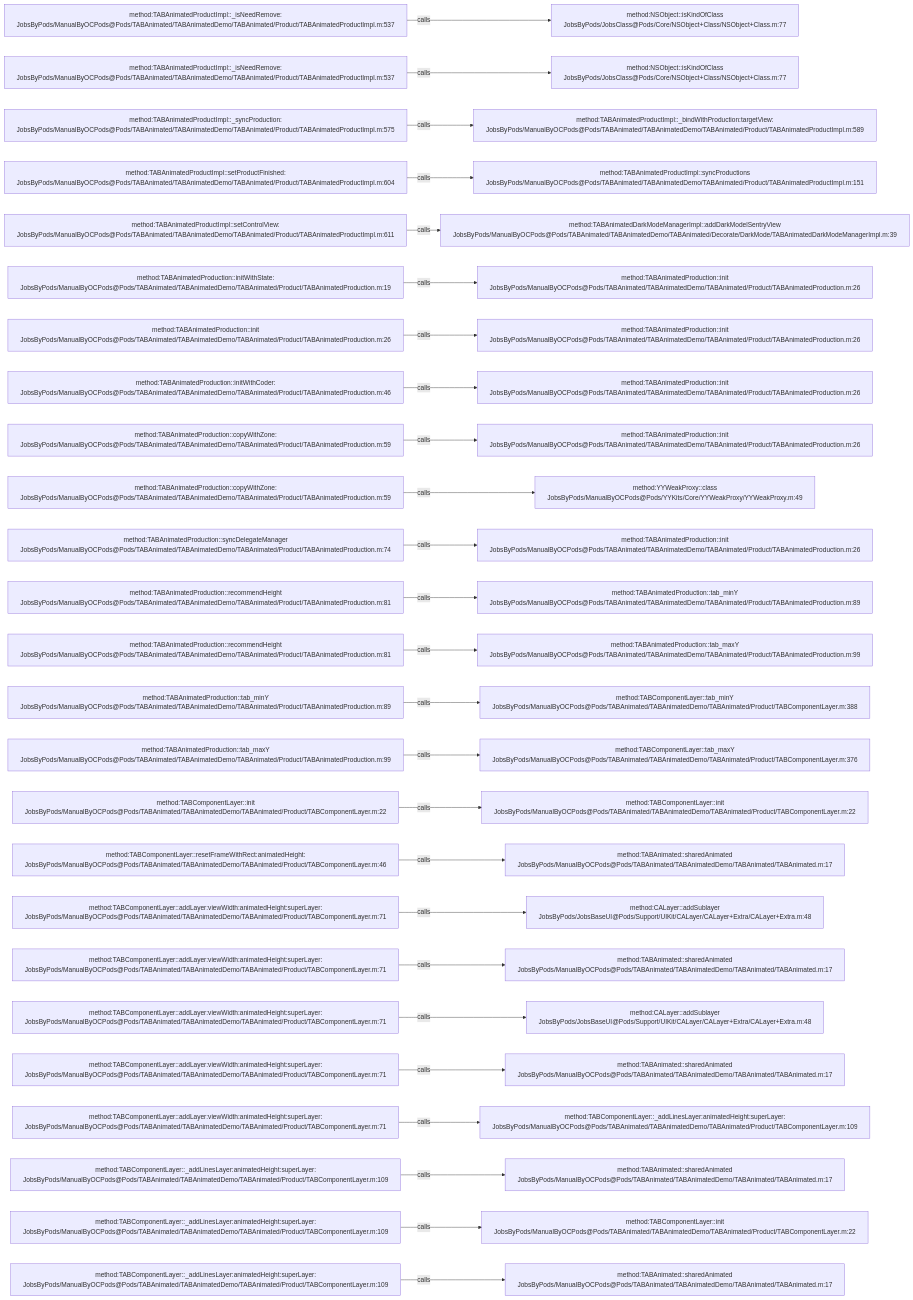
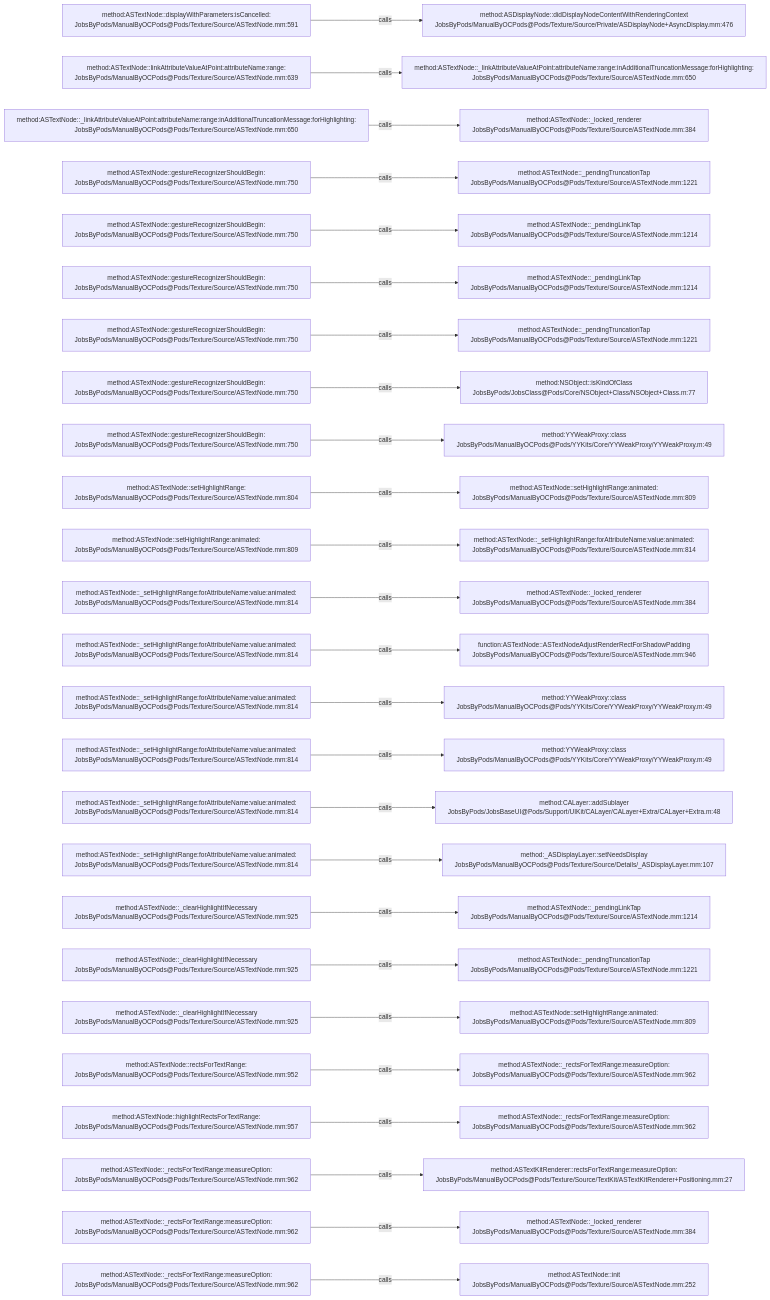
Before and after one commit to JobsKits/JobsOCBaseConfigDemo: the diagram in .codegraph/codegraph.md/graphs/calls-143.md, drawn with Mermaid. The commit also changed 2162 other files, not shown here.

````diff
--- a/.codegraph/codegraph.md/graphs/calls-143.md
+++ b/.codegraph/codegraph.md/graphs/calls-143.md
@@ -13,78 +13,78 @@
 ```mermaid
 flowchart LR
-  S1["method:TABAnimatedProductImpl::_isNeedRemove:<br/>JobsByPods/ManualByOCPods@Pods/TABAnimated/TABAnimatedDemo/TABAnimated/Product/TABAnimatedProductImpl.m:537"]
-  T1["method:NSObject::isKindOfClass<br/>JobsByPods/JobsClass@Pods/Core/NSObject+Class/NSObject+Class.m:77"]
+  S1["method:ASTextNode::displayWithParameters:isCancelled:<br/>JobsByPods/ManualByOCPods@Pods/Texture/Source/ASTextNode.mm:591"]
+  T1["method:ASDisplayNode::didDisplayNodeContentWithRenderingContext<br/>JobsByPods/ManualByOCPods@Pods/Texture/Source/Private/ASDisplayNode+AsyncDisplay.mm:476"]
   S1 -->|calls| T1
-  S2["method:TABAnimatedProductImpl::_isNeedRemove:<br/>JobsByPods/ManualByOCPods@Pods/TABAnimated/TABAnimatedDemo/TABAnimated/Product/TABAnimatedProductImpl.m:537"]
-  T2["method:NSObject::isKindOfClass<br/>JobsByPods/JobsClass@Pods/Core/NSObject+Class/NSObject+Class.m:77"]
+  S2["method:ASTextNode::linkAttributeValueAtPoint:attributeName:range:<br/>JobsByPods/ManualByOCPods@Pods/Texture/Source/ASTextNode.mm:639"]
+  T2["method:ASTextNode::_linkAttributeValueAtPoint:attributeName:range:inAdditionalTruncationMessage:forHighlighting:<br/>JobsByPods/ManualByOCPods@Pods/Texture/Source/ASTextNode.mm:650"]
   S2 -->|calls| T2
-  S3["method:TABAnimatedProductImpl::_syncProduction:<br/>JobsByPods/ManualByOCPods@Pods/TABAnimated/TABAnimatedDemo/TABAnimated/Product/TABAnimatedProductImpl.m:575"]
-  T3["method:TABAnimatedProductImpl::_bindWithProduction:targetView:<br/>JobsByPods/ManualByOCPods@Pods/TABAnimated/TABAnimatedDemo/TABAnimated/Product/TABAnimatedProductImpl.m:589"]
+  S3["method:ASTextNode::_linkAttributeValueAtPoint:attributeName:range:inAdditionalTruncationMessage:forHighlighting:<br/>JobsByPods/ManualByOCPods@Pods/Texture/Source/ASTextNode.mm:650"]
+  T3["method:ASTextNode::_locked_renderer<br/>JobsByPods/ManualByOCPods@Pods/Texture/Source/ASTextNode.mm:384"]
   S3 -->|calls| T3
-  S4["method:TABAnimatedProductImpl::setProductFinished:<br/>JobsByPods/ManualByOCPods@Pods/TABAnimated/TABAnimatedDemo/TABAnimated/Product/TABAnimatedProductImpl.m:604"]
-  T4["method:TABAnimatedProductImpl::syncProductions<br/>JobsByPods/ManualByOCPods@Pods/TABAnimated/TABAnimatedDemo/TABAnimated/Product/TABAnimatedProductImpl.m:151"]
+  S4["method:ASTextNode::gestureRecognizerShouldBegin:<br/>JobsByPods/ManualByOCPods@Pods/Texture/Source/ASTextNode.mm:750"]
+  T4["method:ASTextNode::_pendingTruncationTap<br/>JobsByPods/ManualByOCPods@Pods/Texture/Source/ASTextNode.mm:1221"]
   S4 -->|calls| T4
-  S5["method:TABAnimatedProductImpl::setControlView:<br/>JobsByPods/ManualByOCPods@Pods/TABAnimated/TABAnimatedDemo/TABAnimated/Product/TABAnimatedProductImpl.m:611"]
-  T5["method:TABAnimatedDarkModeManagerImpl::addDarkModelSentryView<br/>JobsByPods/ManualByOCPods@Pods/TABAnimated/TABAnimatedDemo/TABAnimated/Decorate/DarkMode/TABAnimatedDarkModeManagerImpl.m:39"]
+  S5["method:ASTextNode::gestureRecognizerShouldBegin:<br/>JobsByPods/ManualByOCPods@Pods/Texture/Source/ASTextNode.mm:750"]
+  T5["method:ASTextNode::_pendingLinkTap<br/>JobsByPods/ManualByOCPods@Pods/Texture/Source/ASTextNode.mm:1214"]
   S5 -->|calls| T5
-  S6["method:TABAnimatedProduction::initWithState:<br/>JobsByPods/ManualByOCPods@Pods/TABAnimated/TABAnimatedDemo/TABAnimated/Product/TABAnimatedProduction.m:19"]
-  T6["method:TABAnimatedProduction::init<br/>JobsByPods/ManualByOCPods@Pods/TABAnimated/TABAnimatedDemo/TABAnimated/Product/TABAnimatedProduction.m:26"]
+  S6["method:ASTextNode::gestureRecognizerShouldBegin:<br/>JobsByPods/ManualByOCPods@Pods/Texture/Source/ASTextNode.mm:750"]
+  T6["method:ASTextNode::_pendingLinkTap<br/>JobsByPods/ManualByOCPods@Pods/Texture/Source/ASTextNode.mm:1214"]
   S6 -->|calls| T6
-  S7["method:TABAnimatedProduction::init<br/>JobsByPods/ManualByOCPods@Pods/TABAnimated/TABAnimatedDemo/TABAnimated/Product/TABAnimatedProduction.m:26"]
-  T7["method:TABAnimatedProduction::init<br/>JobsByPods/ManualByOCPods@Pods/TABAnimated/TABAnimatedDemo/TABAnimated/Product/TABAnimatedProduction.m:26"]
+  S7["method:ASTextNode::gestureRecognizerShouldBegin:<br/>JobsByPods/ManualByOCPods@Pods/Texture/Source/ASTextNode.mm:750"]
+  T7["method:ASTextNode::_pendingTruncationTap<br/>JobsByPods/ManualByOCPods@Pods/Texture/Source/ASTextNode.mm:1221"]
   S7 -->|calls| T7
-  S8["method:TABAnimatedProduction::initWithCoder:<br/>JobsByPods/ManualByOCPods@Pods/TABAnimated/TABAnimatedDemo/TABAnimated/Product/TABAnimatedProduction.m:46"]
-  T8["method:TABAnimatedProduction::init<br/>JobsByPods/ManualByOCPods@Pods/TABAnimated/TABAnimatedDemo/TABAnimated/Product/TABAnimatedProduction.m:26"]
+  S8["method:ASTextNode::gestureRecognizerShouldBegin:<br/>JobsByPods/ManualByOCPods@Pods/Texture/Source/ASTextNode.mm:750"]
+  T8["method:NSObject::isKindOfClass<br/>JobsByPods/JobsClass@Pods/Core/NSObject+Class/NSObject+Class.m:77"]
   S8 -->|calls| T8
-  S9["method:TABAnimatedProduction::copyWithZone:<br/>JobsByPods/ManualByOCPods@Pods/TABAnimated/TABAnimatedDemo/TABAnimated/Product/TABAnimatedProduction.m:59"]
-  T9["method:TABAnimatedProduction::init<br/>JobsByPods/ManualByOCPods@Pods/TABAnimated/TABAnimatedDemo/TABAnimated/Product/TABAnimatedProduction.m:26"]
+  S9["method:ASTextNode::gestureRecognizerShouldBegin:<br/>JobsByPods/ManualByOCPods@Pods/Texture/Source/ASTextNode.mm:750"]
+  T9["method:YYWeakProxy::class<br/>JobsByPods/ManualByOCPods@Pods/YYKits/Core/YYWeakProxy/YYWeakProxy.m:49"]
   S9 -->|calls| T9
-  S10["method:TABAnimatedProduction::copyWithZone:<br/>JobsByPods/ManualByOCPods@Pods/TABAnimated/TABAnimatedDemo/TABAnimated/Product/TABAnimatedProduction.m:59"]
-  T10["method:YYWeakProxy::class<br/>JobsByPods/ManualByOCPods@Pods/YYKits/Core/YYWeakProxy/YYWeakProxy.m:49"]
+  S10["method:ASTextNode::setHighlightRange:<br/>JobsByPods/ManualByOCPods@Pods/Texture/Source/ASTextNode.mm:804"]
+  T10["method:ASTextNode::setHighlightRange:animated:<br/>JobsByPods/ManualByOCPods@Pods/Texture/Source/ASTextNode.mm:809"]
   S10 -->|calls| T10
-  S11["method:TABAnimatedProduction::syncDelegateManager<br/>JobsByPods/ManualByOCPods@Pods/TABAnimated/TABAnimatedDemo/TABAnimated/Product/TABAnimatedProduction.m:74"]
-  T11["method:TABAnimatedProduction::init<br/>JobsByPods/ManualByOCPods@Pods/TABAnimated/TABAnimatedDemo/TABAnimated/Product/TABAnimatedProduction.m:26"]
+  S11["method:ASTextNode::setHighlightRange:animated:<br/>JobsByPods/ManualByOCPods@Pods/Texture/Source/ASTextNode.mm:809"]
+  T11["method:ASTextNode::_setHighlightRange:forAttributeName:value:animated:<br/>JobsByPods/ManualByOCPods@Pods/Texture/Source/ASTextNode.mm:814"]
   S11 -->|calls| T11
-  S12["method:TABAnimatedProduction::recommendHeight<br/>JobsByPods/ManualByOCPods@Pods/TABAnimated/TABAnimatedDemo/TABAnimated/Product/TABAnimatedProduction.m:81"]
-  T12["method:TABAnimatedProduction::tab_minY<br/>JobsByPods/ManualByOCPods@Pods/TABAnimated/TABAnimatedDemo/TABAnimated/Product/TABAnimatedProduction.m:89"]
+  S12["method:ASTextNode::_setHighlightRange:forAttributeName:value:animated:<br/>JobsByPods/ManualByOCPods@Pods/Texture/Source/ASTextNode.mm:814"]
+  T12["method:ASTextNode::_locked_renderer<br/>JobsByPods/ManualByOCPods@Pods/Texture/Source/ASTextNode.mm:384"]
   S12 -->|calls| T12
-  S13["method:TABAnimatedProduction::recommendHeight<br/>JobsByPods/ManualByOCPods@Pods/TABAnimated/TABAnimatedDemo/TABAnimated/Product/TABAnimatedProduction.m:81"]
-  T13["method:TABAnimatedProduction::tab_maxY<br/>JobsByPods/ManualByOCPods@Pods/TABAnimated/TABAnimatedDemo/TABAnimated/Product/TABAnimatedProduction.m:99"]
+  S13["method:ASTextNode::_setHighlightRange:forAttributeName:value:animated:<br/>JobsByPods/ManualByOCPods@Pods/Texture/Source/ASTextNode.mm:814"]
+  T13["function:ASTextNode::ASTextNodeAdjustRenderRectForShadowPadding<br/>JobsByPods/ManualByOCPods@Pods/Texture/Source/ASTextNode.mm:946"]
   S13 -->|calls| T13
-  S14["method:TABAnimatedProduction::tab_minY<br/>JobsByPods/ManualByOCPods@Pods/TABAnimated/TABAnimatedDemo/TABAnimated/Product/TABAnimatedProduction.m:89"]
-  T14["method:TABComponentLayer::tab_minY<br/>JobsByPods/ManualByOCPods@Pods/TABAnimated/TABAnimatedDemo/TABAnimated/Product/TABComponentLayer.m:388"]
+  S14["method:ASTextNode::_setHighlightRange:forAttributeName:value:animated:<br/>JobsByPods/ManualByOCPods@Pods/Texture/Source/ASTextNode.mm:814"]
+  T14["method:YYWeakProxy::class<br/>JobsByPods/ManualByOCPods@Pods/YYKits/Core/YYWeakProxy/YYWeakProxy.m:49"]
   S14 -->|calls| T14
-  S15["method:TABAnimatedProduction::tab_maxY<br/>JobsByPods/ManualByOCPods@Pods/TABAnimated/TABAnimatedDemo/TABAnimated/Product/TABAnimatedProduction.m:99"]
-  T15["method:TABComponentLayer::tab_maxY<br/>JobsByPods/ManualByOCPods@Pods/TABAnimated/TABAnimatedDemo/TABAnimated/Product/TABComponentLayer.m:376"]
+  S15["method:ASTextNode::_setHighlightRange:forAttributeName:value:animated:<br/>JobsByPods/ManualByOCPods@Pods/Texture/Source/ASTextNode.mm:814"]
+  T15["method:YYWeakProxy::class<br/>JobsByPods/ManualByOCPods@Pods/YYKits/Core/YYWeakProxy/YYWeakProxy.m:49"]
   S15 -->|calls| T15
-  S16["method:TABComponentLayer::init<br/>JobsByPods/ManualByOCPods@Pods/TABAnimated/TABAnimatedDemo/TABAnimated/Product/TABComponentLayer.m:22"]
-  T16["method:TABComponentLayer::init<br/>JobsByPods/ManualByOCPods@Pods/TABAnimated/TABAnimatedDemo/TABAnimated/Product/TABComponentLayer.m:22"]
+  S16["method:ASTextNode::_setHighlightRange:forAttributeName:value:animated:<br/>JobsByPods/ManualByOCPods@Pods/Texture/Source/ASTextNode.mm:814"]
+  T16["method:CALayer::addSublayer<br/>JobsByPods/JobsBaseUI@Pods/Support/UIKit/CALayer/CALayer+Extra/CALayer+Extra.m:48"]
   S16 -->|calls| T16
-  S17["method:TABComponentLayer::resetFrameWithRect:animatedHeight:<br/>JobsByPods/ManualByOCPods@Pods/TABAnimated/TABAnimatedDemo/TABAnimated/Product/TABComponentLayer.m:46"]
-  T17["method:TABAnimated::sharedAnimated<br/>JobsByPods/ManualByOCPods@Pods/TABAnimated/TABAnimatedDemo/TABAnimated/TABAnimated.m:17"]
+  S17["method:ASTextNode::_setHighlightRange:forAttributeName:value:animated:<br/>JobsByPods/ManualByOCPods@Pods/Texture/Source/ASTextNode.mm:814"]
+  T17["method:_ASDisplayLayer::setNeedsDisplay<br/>JobsByPods/ManualByOCPods@Pods/Texture/Source/Details/_ASDisplayLayer.mm:107"]
   S17 -->|calls| T17
-  S18["method:TABComponentLayer::addLayer:viewWidth:animatedHeight:superLayer:<br/>JobsByPods/ManualByOCPods@Pods/TABAnimated/TABAnimatedDemo/TABAnimated/Product/TABComponentLayer.m:71"]
-  T18["method:CALayer::addSublayer<br/>JobsByPods/JobsBaseUI@Pods/Support/UIKit/CALayer/CALayer+Extra/CALayer+Extra.m:48"]
+  S18["method:ASTextNode::_clearHighlightIfNecessary<br/>JobsByPods/ManualByOCPods@Pods/Texture/Source/ASTextNode.mm:925"]
+  T18["method:ASTextNode::_pendingLinkTap<br/>JobsByPods/ManualByOCPods@Pods/Texture/Source/ASTextNode.mm:1214"]
   S18 -->|calls| T18
-  S19["method:TABComponentLayer::addLayer:viewWidth:animatedHeight:superLayer:<br/>JobsByPods/ManualByOCPods@Pods/TABAnimated/TABAnimatedDemo/TABAnimated/Product/TABComponentLayer.m:71"]
-  T19["method:TABAnimated::sharedAnimated<br/>JobsByPods/ManualByOCPods@Pods/TABAnimated/TABAnimatedDemo/TABAnimated/TABAnimated.m:17"]
+  S19["method:ASTextNode::_clearHighlightIfNecessary<br/>JobsByPods/ManualByOCPods@Pods/Texture/Source/ASTextNode.mm:925"]
+  T19["method:ASTextNode::_pendingTruncationTap<br/>JobsByPods/ManualByOCPods@Pods/Texture/Source/ASTextNode.mm:1221"]
   S19 -->|calls| T19
-  S20["method:TABComponentLayer::addLayer:viewWidth:animatedHeight:superLayer:<br/>JobsByPods/ManualByOCPods@Pods/TABAnimated/TABAnimatedDemo/TABAnimated/Product/TABComponentLayer.m:71"]
-  T20["method:CALayer::addSublayer<br/>JobsByPods/JobsBaseUI@Pods/Support/UIKit/CALayer/CALayer+Extra/CALayer+Extra.m:48"]
+  S20["method:ASTextNode::_clearHighlightIfNecessary<br/>JobsByPods/ManualByOCPods@Pods/Texture/Source/ASTextNode.mm:925"]
+  T20["method:ASTextNode::setHighlightRange:animated:<br/>JobsByPods/ManualByOCPods@Pods/Texture/Source/ASTextNode.mm:809"]
   S20 -->|calls| T20
-  S21["method:TABComponentLayer::addLayer:viewWidth:animatedHeight:superLayer:<br/>JobsByPods/ManualByOCPods@Pods/TABAnimated/TABAnimatedDemo/TABAnimated/Product/TABComponentLayer.m:71"]
-  T21["method:TABAnimated::sharedAnimated<br/>JobsByPods/ManualByOCPods@Pods/TABAnimated/TABAnimatedDemo/TABAnimated/TABAnimated.m:17"]
+  S21["method:ASTextNode::rectsForTextRange:<br/>JobsByPods/ManualByOCPods@Pods/Texture/Source/ASTextNode.mm:952"]
+  T21["method:ASTextNode::_rectsForTextRange:measureOption:<br/>JobsByPods/ManualByOCPods@Pods/Texture/Source/ASTextNode.mm:962"]
   S21 -->|calls| T21
-  S22["method:TABComponentLayer::addLayer:viewWidth:animatedHeight:superLayer:<br/>JobsByPods/ManualByOCPods@Pods/TABAnimated/TABAnimatedDemo/TABAnimated/Product/TABComponentLayer.m:71"]
-  T22["method:TABComponentLayer::_addLinesLayer:animatedHeight:superLayer:<br/>JobsByPods/ManualByOCPods@Pods/TABAnimated/TABAnimatedDemo/TABAnimated/Product/TABComponentLayer.m:109"]
+  S22["method:ASTextNode::highlightRectsForTextRange:<br/>JobsByPods/ManualByOCPods@Pods/Texture/Source/ASTextNode.mm:957"]
+  T22["method:ASTextNode::_rectsForTextRange:measureOption:<br/>JobsByPods/ManualByOCPods@Pods/Texture/Source/ASTextNode.mm:962"]
   S22 -->|calls| T22
-  S23["method:TABComponentLayer::_addLinesLayer:animatedHeight:superLayer:<br/>JobsByPods/ManualByOCPods@Pods/TABAnimated/TABAnimatedDemo/TABAnimated/Product/TABComponentLayer.m:109"]
-  T23["method:TABAnimated::sharedAnimated<br/>JobsByPods/ManualByOCPods@Pods/TABAnimated/TABAnimatedDemo/TABAnimated/TABAnimated.m:17"]
+  S23["method:ASTextNode::_rectsForTextRange:measureOption:<br/>JobsByPods/ManualByOCPods@Pods/Texture/Source/ASTextNode.mm:962"]
+  T23["method:ASTextKitRenderer::rectsForTextRange:measureOption:<br/>JobsByPods/ManualByOCPods@Pods/Texture/Source/TextKit/ASTextKitRenderer+Positioning.mm:27"]
   S23 -->|calls| T23
-  S24["method:TABComponentLayer::_addLinesLayer:animatedHeight:superLayer:<br/>JobsByPods/ManualByOCPods@Pods/TABAnimated/TABAnimatedDemo/TABAnimated/Product/TABComponentLayer.m:109"]
-  T24["method:TABComponentLayer::init<br/>JobsByPods/ManualByOCPods@Pods/TABAnimated/TABAnimatedDemo/TABAnimated/Product/TABComponentLayer.m:22"]
+  S24["method:ASTextNode::_rectsForTextRange:measureOption:<br/>JobsByPods/ManualByOCPods@Pods/Texture/Source/ASTextNode.mm:962"]
+  T24["method:ASTextNode::_locked_renderer<br/>JobsByPods/ManualByOCPods@Pods/Texture/Source/ASTextNode.mm:384"]
   S24 -->|calls| T24
-  S25["method:TABComponentLayer::_addLinesLayer:animatedHeight:superLayer:<br/>JobsByPods/ManualByOCPods@Pods/TABAnimated/TABAnimatedDemo/TABAnimated/Product/TABComponentLayer.m:109"]
-  T25["method:TABAnimated::sharedAnimated<br/>JobsByPods/ManualByOCPods@Pods/TABAnimated/TABAnimatedDemo/TABAnimated/TABAnimated.m:17"]
+  S25["method:ASTextNode::_rectsForTextRange:measureOption:<br/>JobsByPods/ManualByOCPods@Pods/Texture/Source/ASTextNode.mm:962"]
+  T25["method:ASTextNode::init<br/>JobsByPods/ManualByOCPods@Pods/Texture/Source/ASTextNode.mm:252"]
   S25 -->|calls| T25
 ```
````
